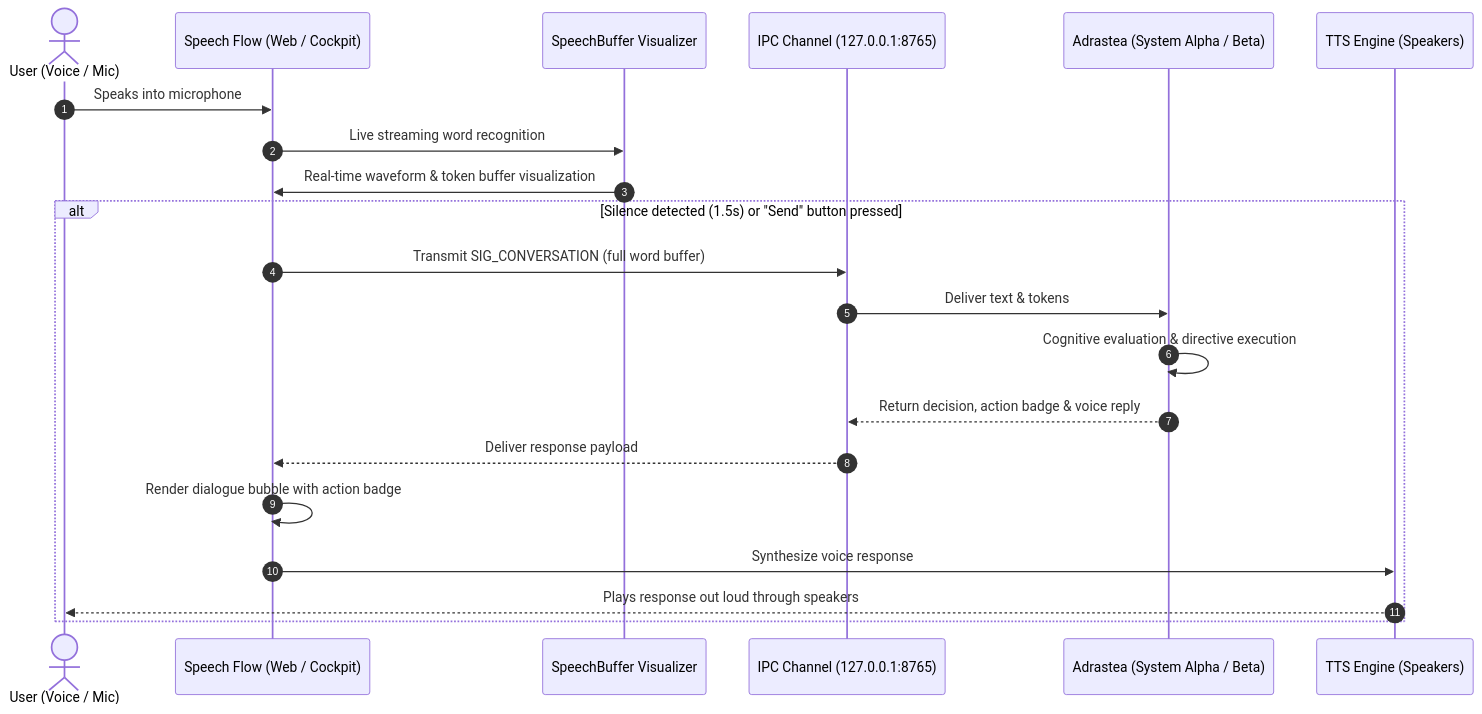
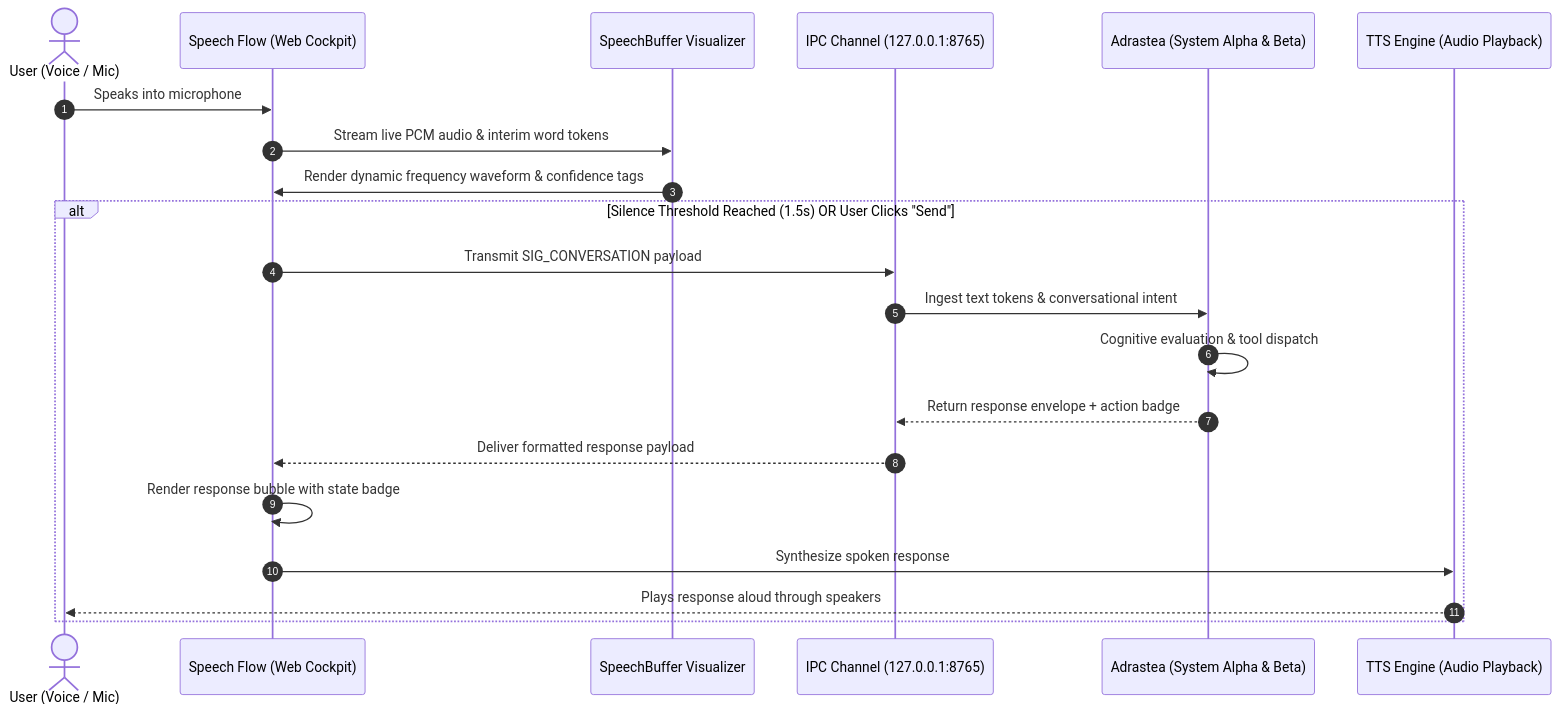
Before and after one commit to holman57/speech-flow: the diagram in README.md, drawn with Mermaid. The commit also changed other lines of this file and 11 other files, not shown here.

Commit message:
docs: elevate README with badges, audio architecture, contributing guide, and issue templates; untrack pycache

````diff
--- a/README.md
+++ b/README.md
@@ -15,24 +35,25 @@
 ```mermaid
 sequenceDiagram
     autonumber
     actor User as User (Voice / Mic)
-    participant SF as Speech Flow (Web / Cockpit)
+    participant SF as Speech Flow (Web Cockpit)
     participant Buffer as SpeechBuffer Visualizer
     participant IPC as IPC Channel (127.0.0.1:8765)
-    participant Adrastea as Adrastea (System Alpha / Beta)
-    participant TTS as TTS Engine (Speakers)
+    participant Adrastea as Adrastea (System Alpha & Beta)
+    participant TTS as TTS Engine (Audio Playback)
 
     User->>SF: Speaks into microphone
-    SF->>Buffer: Live streaming word recognition
-    Buffer->>SF: Real-time waveform & token buffer visualization
-    alt Silence detected (1.5s) or "Send" button pressed
-        SF->>IPC: Transmit SIG_CONVERSATION (full word buffer)
-        IPC->>Adrastea: Deliver text & tokens
-        Adrastea->>Adrastea: Cognitive evaluation & directive execution
-        Adrastea-->>IPC: Return decision, action badge & voice reply
-        IPC-->>SF: Deliver response payload
-        SF->>SF: Render dialogue bubble with action badge
-        SF->>TTS: Synthesize voice response
-        TTS-->>User: Plays response out loud through speakers
+    SF->>Buffer: Stream live PCM audio & interim word tokens
+    Buffer->>SF: Render dynamic frequency waveform & confidence tags
+    
+    alt Silence Threshold Reached (1.5s) OR User Clicks "Send"
+        SF->>IPC: Transmit SIG_CONVERSATION payload
+        IPC->>Adrastea: Ingest text tokens & conversational intent
+        Adrastea->>Adrastea: Cognitive evaluation & tool dispatch
+        Adrastea-->>IPC: Return response envelope + action badge
+        IPC-->>SF: Deliver formatted response payload
+        SF->>SF: Render response bubble with state badge
+        SF->>TTS: Synthesize spoken response
+        TTS-->>User: Plays response aloud through speakers
     end
 ```
````
